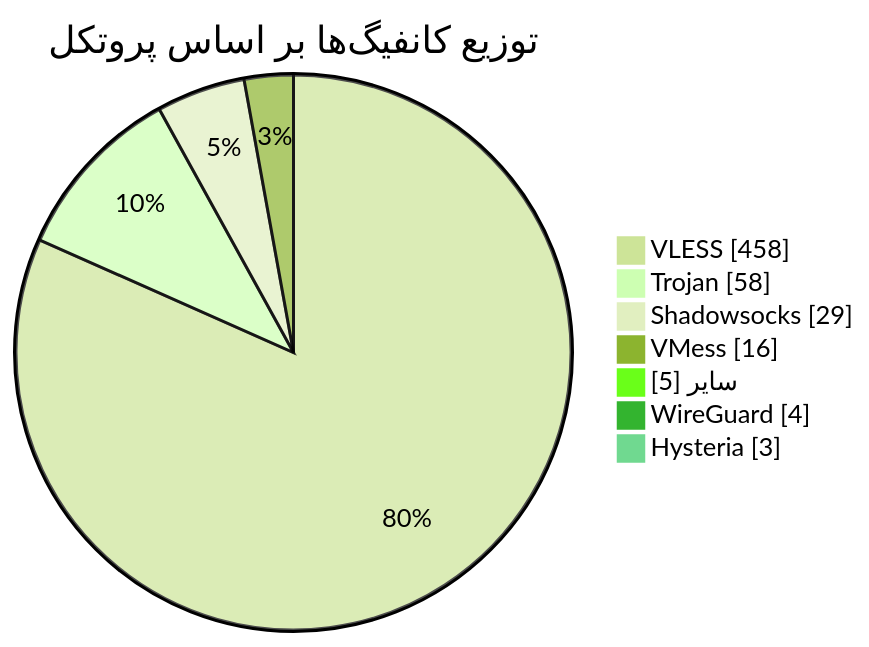
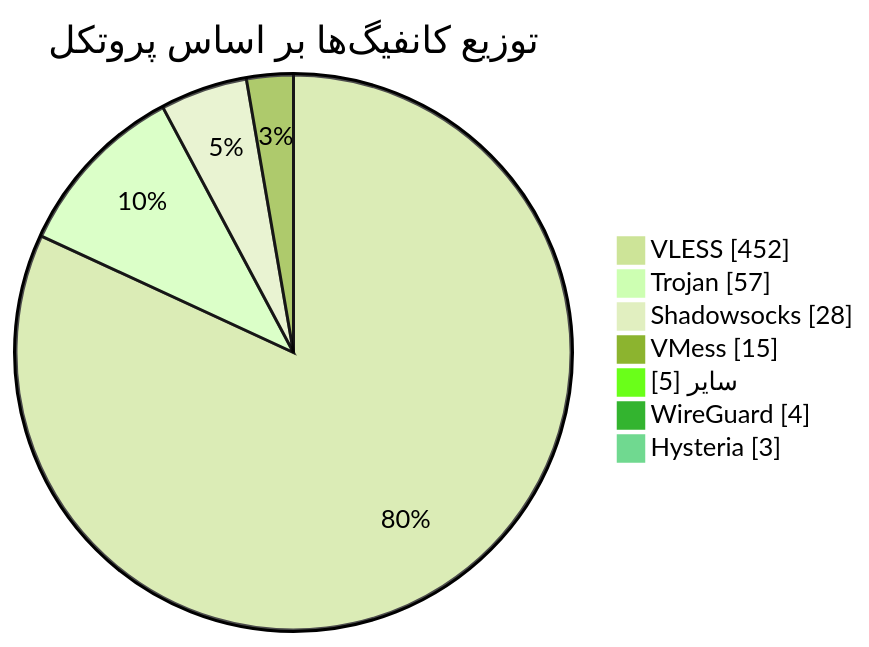
Before and after one commit to Arian-Alijani/Somthing: the diagram in README.md, drawn with Mermaid (forest theme). The commit also changed other lines of this file and 17 other files, not shown here.

````diff
--- a/README.md
+++ b/README.md
@@ -49,11 +49,11 @@
 ```mermaid
 pie showData
     title توزیع کانفیگ‌ها بر اساس پروتکل
-    "VLESS" : 458
-    "Trojan" : 58
-    "Shadowsocks" : 29
-    "VMess" : 16
+    "VLESS" : 452
+    "Trojan" : 57
+    "Shadowsocks" : 28
+    "VMess" : 15
     "سایر" : 5
     "WireGuard" : 4
     "Hysteria" : 3
 ```
````
